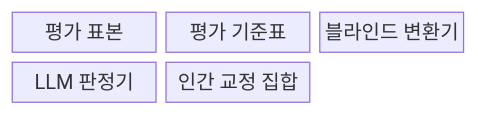
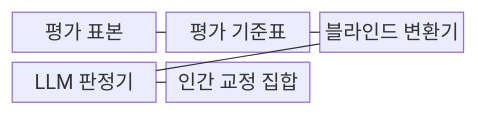
One commit to agnusdei1207/knowledge-base changed the first of 2 diagrams in src/content/docs/notes/08-latest-tech/137_llm_as_a_judge.md. Above: the diagram before and after it, drawn with Mermaid. The commit also changed other lines of this file and 228 other files, not shown here.

````diff
--- a/src/content/docs/notes/08-latest-tech/137_llm_as_a_judge.md
+++ b/src/content/docs/notes/08-latest-tech/137_llm_as_a_judge.md
@@ -49,9 +49,13 @@
 ```mermaid
 block-beta
     columns 3
     S["평가 표본"]
     R["평가 기준표"]
     B["블라인드 변환기"]
     J["LLM 판정기"]
     H["인간 교정 집합"]
+    S --- R
+    R --- B
+    B --- J
+    J --- H
 ```
````
